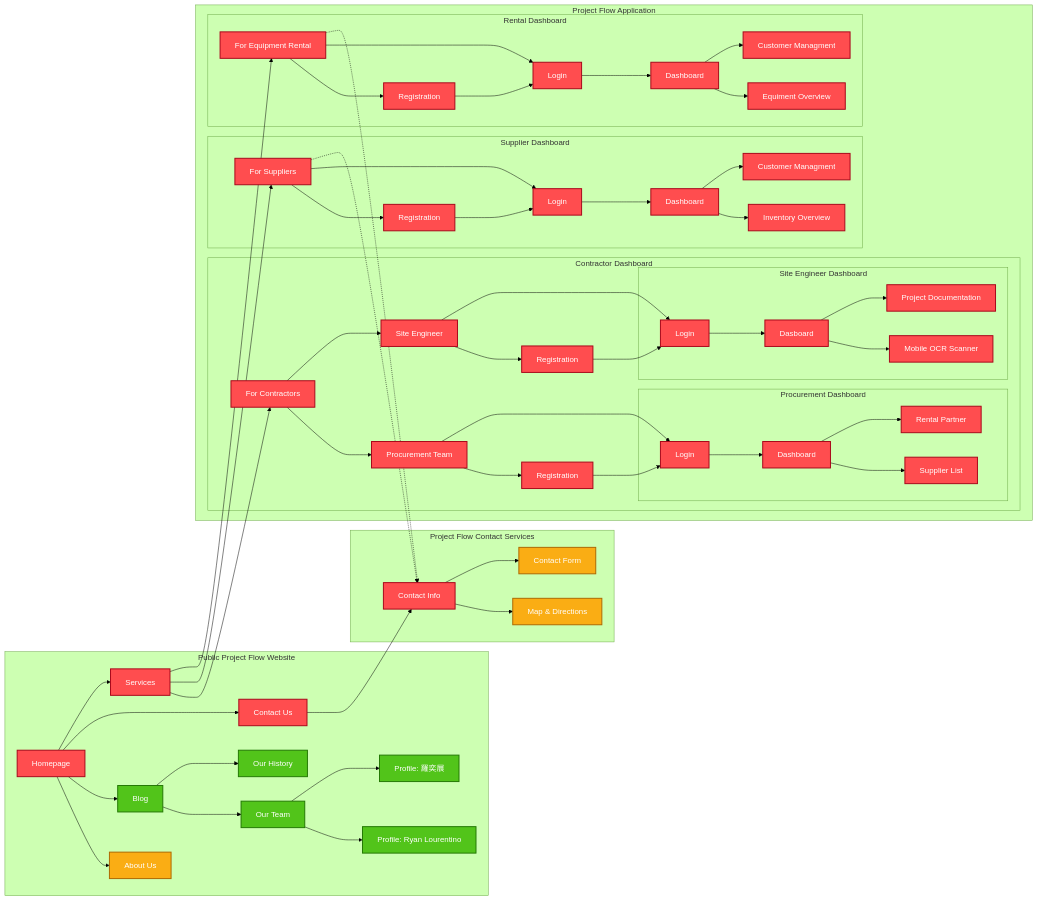
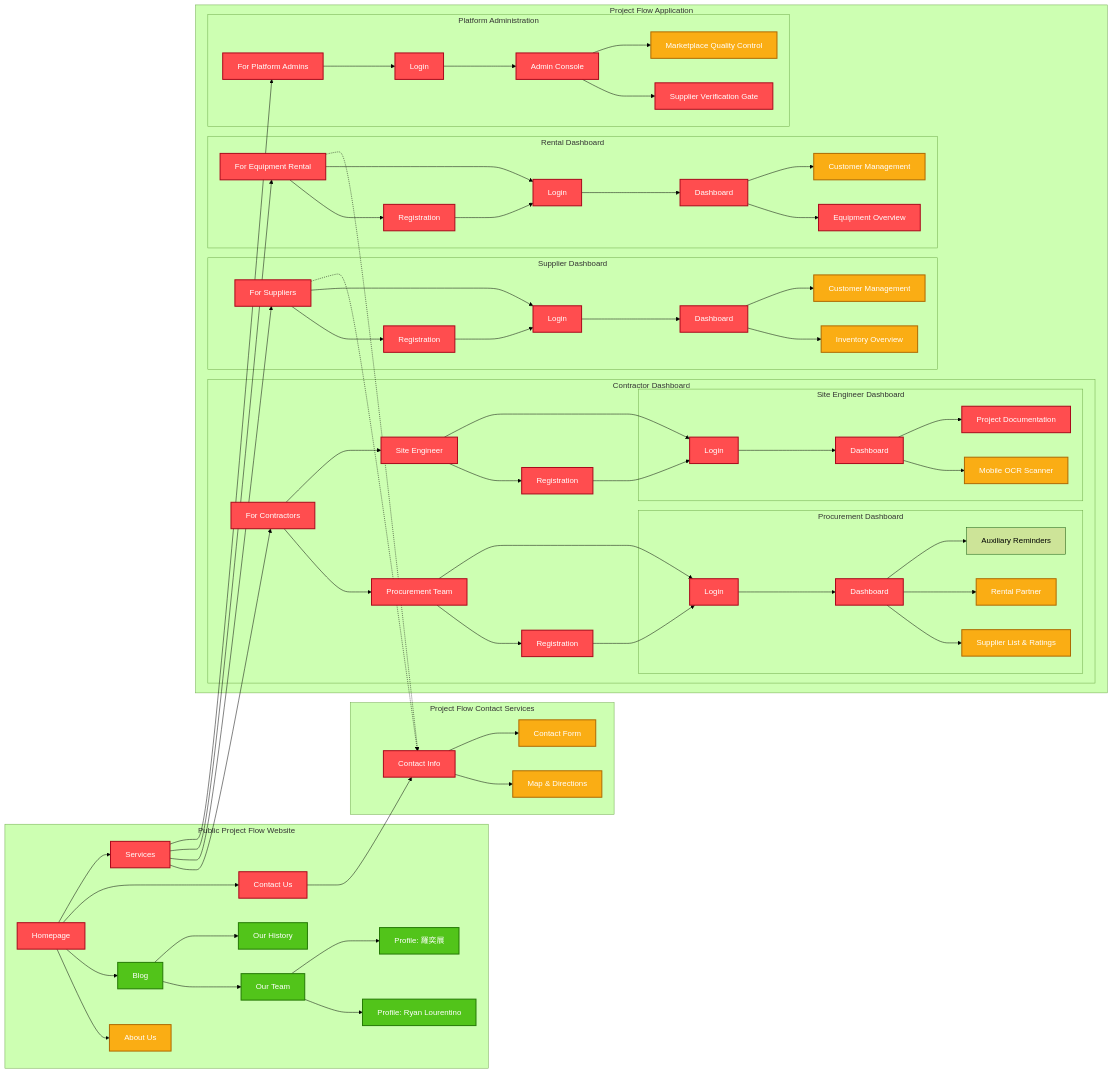
Before and after one commit to ryanlourentino/project-flow: the diagram in README.md, drawn with Mermaid (forest theme).

Commit message:
Refactor subgraphs in README for clarity

````diff
--- a/README.md
+++ b/README.md
@@ -32,91 +32,97 @@
 	classDef low fill:#52c41a,stroke:#237804,stroke-width:2px,color:#ffffff;
 
 	%% Public Project Flow Website
-	subgraph Public["Public Project Flow Website"]
-		A[Homepage] --> B["About Us"]
-		A --> C["Blog"]
+    subgraph Public["Public Project Flow Website"]
+        A[Homepage] --> B["About Us"]
+        A --> C["Blog"]
 
-		C --> C1["Our Team"]
-		C --> C2["Our History"]
+        C --> C1["Our Team"]
+        C --> C2["Our History"]
 
-		C1 --> CA1["Profile: Ryan Lourentino"]
-		C1 --> CA2["Profile: 羅奕展"]
+        C1 --> CA1["Profile: Ryan Lourentino"]
+        C1 --> CA2["Profile: 羅奕展"]
 
-		A --> D["Contact Us"]
-		A --> E["Services"]
-	end
+        A --> D["Contact Us"]
+        A --> E["Services"]
+    end
 
-	%% Customer Contact Services
-	subgraph Contact["Project Flow Contact Services"]
-		D --> D1["Contact Info"]
-		D1 --> D2["Map & Directions"]
-		D1 --> D3["Contact Form"]
-	end
+    %% Customer Contact Services
+    subgraph Contact["Project Flow Contact Services"]
+        D --> D1["Contact Info"]
+        D1 --> D2["Map & Directions"]
+        D1 --> D3["Contact Form"]
+    end
 
-	%% Project Flow Application Section
-	subgraph App["Project Flow Application"]
-		E --> Co1["For Contractors"]
-		E --> Sup1["For Suppliers"]
-		E --> ER1["For Equipment Rental"]
+    %% Project Flow Application Section
+    subgraph App["Project Flow Application"]
+        E --> Co1["For Contractors"]
+        E --> Sup1["For Suppliers"]
+        E --> ER1["For Equipment Rental"]
+		E --> Ad1["For Platform Admins"]
 
-		%% Contractor Homepage
-		subgraph Contractors["Contractor Dashboard"]
-			Co1 --> Pro1["Procurement Team"]
-			Co1 --> SE1["Site Engineer"]
+        %% Contractor Homepage
+        subgraph Contractors["Contractor Dashboard"]
+            Co1 --> Pro1["Procurement Team"]
+            Co1 --> SE1["Site Engineer"]
 
-			Pro1 --> Pro2["Registration"]
-			Pro1 --> Pro3["Login"]
-			Pro2 --> Pro3
+            Pro1 --> Pro2["Registration"]
+            Pro1 --> Pro3["Login"]
+            Pro2 --> Pro3
 
-			%% Procurement Dashboard
-			subgraph Procurement["Procurement Dashboard"]
-			Pro3 --> Pro4["Dashboard"]
-			Pro4 --> Pro5["Supplier List"]
-			Pro4 --> Pro6["Rental Partner"]
+            %% Procurement Dashboard
+            subgraph Procurement["Procurement Dashboard"]
+                Pro3 --> Pro4["Dashboard"]
+                Pro4 --> Pro5["Supplier List & Ratings"]
+                Pro4 --> Pro6["Rental Partner"]
+                Pro4 --> Pro7["Auxiliary Reminders"]
+            end
 
-			end
+            SE1 --> SE2["Registration"]
+            SE1 --> SE3["Login"]
+            SE2 --> SE3
 
-			SE1 --> SE2["Registration"]
-			SE1 --> SE3["Login"]
-			SE2 --> SE3
+            %% Site Engineer Dashboard
+            subgraph SiteEngineer["Site Engineer Dashboard"]
+                SE3 --> SE4["Dashboard"]
+                SE4 --> SE5["Mobile OCR Scanner"]
+                SE4 --> SE6["Project Documentation"]
+            end
+        end
 
-			%% Site Engineer Dashboard
-			subgraph Site Engineer["Site Engineer Dashboard"]
-			SE3 --> SE4["Dasboard"]
-			SE4 --> SE5["Mobile OCR Scanner"]
-			SE4 --> SE6["Project Documentation"]
-			end
+        %% Supplier Homepage
+        subgraph Suppliers["Supplier Dashboard"]
+            Sup1 --> Sup2["Registration"]
+            Sup1 --> Sup3["Login"]
+            Sup2 --> Sup3
+            Sup3 --> Sup4["Dashboard"]
+            Sup4 --> Sup5["Inventory Overview"]
+            Sup4 --> Sup6["Customer Management"]
+        end
 
-		end
+        %% Rental Homepage
+        subgraph Rentals["Rental Dashboard"]
+            ER1 --> ER2["Registration"]
+            ER1 --> ER3["Login"]
+            ER2 --> ER3
+            ER3 --> ER4["Dashboard"]
+            ER4 --> ER5["Equipment Overview"]
+            ER4 --> ER6["Customer Management"]
+        end
 
-		%% Supplier Homepage
-		subgraph Suppliers["Supplier Dashboard"]
-			Sup1 --> Sup2["Registration"]
-			Sup1 --> Sup3["Login"]
-			Sup2 --> Sup3
-			Sup3 --> Sup4["Dashboard"]
-			Sup4 --> Sup5["Inventory Overview"]
-			Sup4 --> Sup6["Customer Managment"]
-		end
-
-		%% Rental Homepage
-		subgraph Rentals["Rental Dashboard"]
-			ER1 --> ER2["Registration"]
-			ER1 --> ER3["Login"]
-			ER2 --> ER3
-			ER3 --> ER4["Dashboard"]
-			ER4 --> ER5["Equiment Overview"]
-			ER4 --> ER6["Customer Managment"]
-
-		end
-	end
+		%% Admin Portal
+        subgraph Admin["Platform Administration"]
+            Ad1 --> Ad2["Login"] --> Ad3["Admin Console"]
+            Ad3 --> Ad4["Supplier Verification Gate"]
+            Ad3 --> Ad5["Marketplace Quality Control"]
+        end
+    end
 
 	%% Direct Navigation Links back to Contact
 	Sup1 -.-> D1
 	ER1 -.-> D1
 
 	%% Priority Class Assignments
-	class A,D,D1,E,Co1,Sup1,Pro1,Pro2,Pro3,Pro4,Pro5,Pro6,SE1,SE2,SE3,SE4,SE5,SE6,Sup2,Sup3,ER1,ER2,ER3,Sup4,Sup5,Sup6,ER4,ER5,ER6 high;
-	class B,D2,D3 medium;
-	class C,C1,C2,CA1,CA2 low;
+	class A,D,D1,E,Co1,Sup1,Ad1,Pro1,Pro2,Pro3,Pro4,SE1,SE2,SE3,SE4,SE6,PM1,PM2,PM3,PM5,Sup2,Sup3,Sup4,ER1,ER2,ER3,ER4,ER5,Ad2,Ad3,Ad4 high;
+    class B,D2,D3,Pro5,Pro6,SE5,PM4,Sup5,Sup6,ER6,Ad5 medium;
+    class C,C1,C2,CA1,CA2 low;
 ```
````
